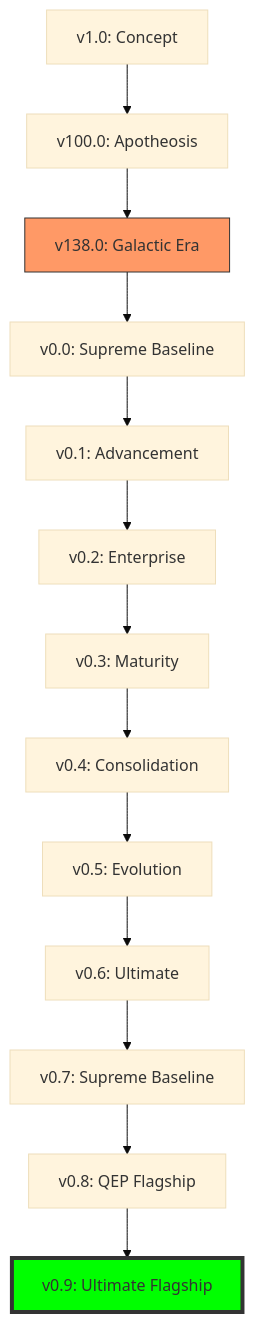
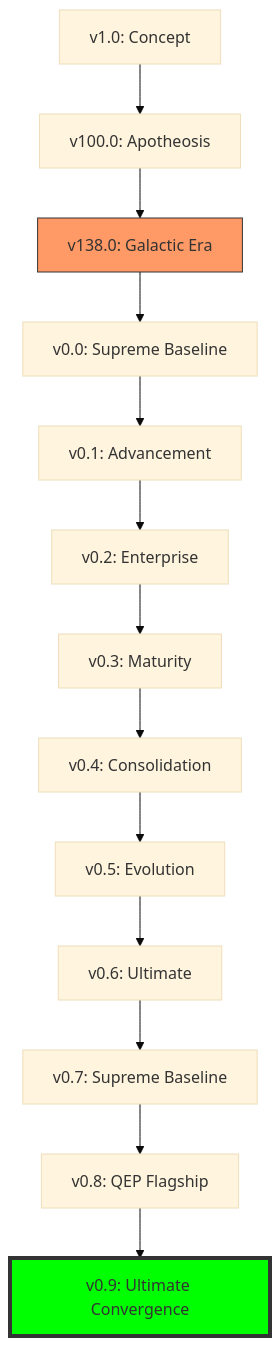
Before and after one commit to Rehan719/Workstation: the diagram in VERSION_LINEAGE_FINAL_v0.md, drawn with Mermaid (base theme). The commit also changed other lines of this file and 11 other files, not shown here.

First line of the commit message:
feat(v0.9): Ultimate convergence – full architectural integration, QEP flagship maturity & definitive consolidation

````diff
--- a/VERSION_LINEAGE_FINAL_v0.md
+++ b/VERSION_LINEAGE_FINAL_v0.md
@@ -27,18 +27,18 @@
 ```mermaid
 graph TD
     v1.0[v1.0: Concept] --> v100.0[v100.0: Apotheosis]
     v100.0 --> v138.0[v138.0: Galactic Era]
     v138.0 --> v0.0[v0.0: Supreme Baseline]
     v0.0 --> v0.1[v0.1: Advancement]
     v0.1 --> v0.2[v0.2: Enterprise]
     v0.2 --> v0.3[v0.3: Maturity]
     v0.3 --> v0.4[v0.4: Consolidation]
     v0.4 --> v0.5[v0.5: Evolution]
     v0.5 --> v0.6[v0.6: Ultimate]
     v0.6 --> v0.7[v0.7: Supreme Baseline]
     v0.7 --> v0.8[v0.8: QEP Flagship]
-    v0.8 --> v0.9[v0.9: Ultimate Flagship]
+    v0.8 --> v0.9[v0.9: Ultimate Convergence]
 
     style v0.9 fill:#00ff00,stroke:#333,stroke-width:4px
     style v138.0 fill:#f96,stroke:#333
 ```
````
